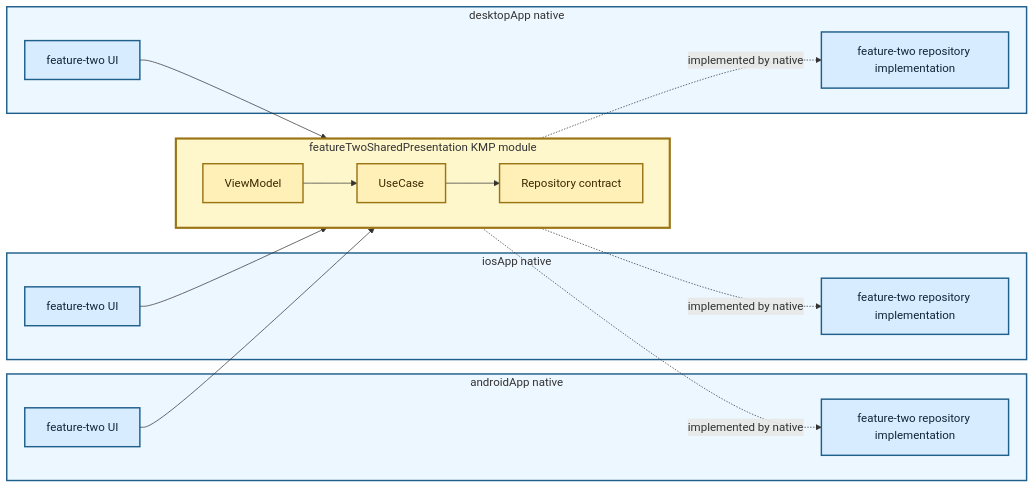
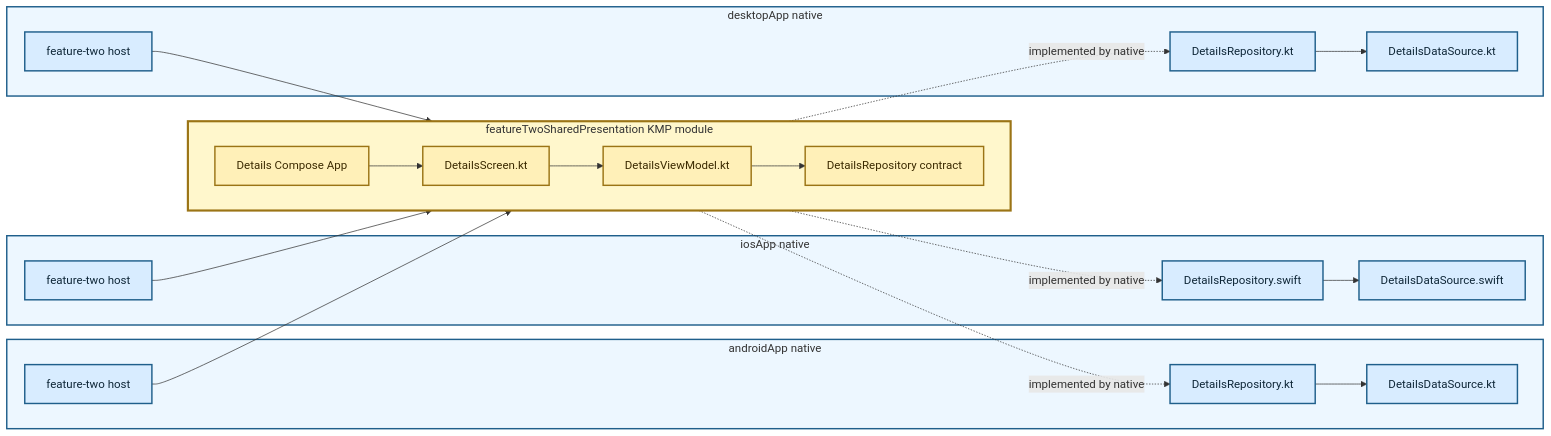
One commit to TheSetox/kmp-sample-diagrams changed the diagram in diagrams/11-modular-kmp-presentation-layer.md. Above: the diagram before and after it, drawn with Mermaid. The commit also changed other lines of this file and 28 other files, not shown here.

Commit message:
docs: reassess diagram layer boundaries

````diff
--- a/diagrams/11-modular-kmp-presentation-layer.md
+++ b/diagrams/11-modular-kmp-presentation-layer.md
@@ -5,41 +5,48 @@
 ```mermaid
 flowchart LR
   subgraph Android["androidApp native"]
-    AndroidUI["feature-two UI"]
-    AndroidData["feature-two repository implementation"]
+    AHost["feature-two host"]
+    ARepository["DetailsRepository.kt"]
+    ADataSource["DetailsDataSource.kt"]
+    ARepository --> ADataSource
   end
 
   subgraph IOS["iosApp native"]
-    IOSUI["feature-two UI"]
-    IOSData["feature-two repository implementation"]
+    IHost["feature-two host"]
+    IRepository["DetailsRepository.swift"]
+    IDataSource["DetailsDataSource.swift"]
+    IRepository --> IDataSource
   end
 
   subgraph Desktop["desktopApp native"]
-    DesktopUI["feature-two UI"]
-    DesktopData["feature-two repository implementation"]
+    DHost["feature-two host"]
+    DRepository["DetailsRepository.kt"]
+    DDataSource["DetailsDataSource.kt"]
+    DRepository --> DDataSource
   end
 
   subgraph KMP["featureTwoSharedPresentation KMP module"]
     direction LR
-    VM["ViewModel"]
-    UseCase["UseCase"]
-    RepositoryPort["Repository contract"]
-    VM --> UseCase --> RepositoryPort
+    App["Details Compose App"]
+    Screen["DetailsScreen.kt"]
+    VM["DetailsViewModel.kt"]
+    RepositoryPort["DetailsRepository contract"]
+    App --> Screen --> VM --> RepositoryPort
   end
 
-  AndroidUI --> VM
-  IOSUI --> VM
-  DesktopUI --> VM
-  RepositoryPort -. "implemented by native" .-> AndroidData
-  RepositoryPort -. "implemented by native" .-> IOSData
-  RepositoryPort -. "implemented by native" .-> DesktopData
+  AHost --> App
+  IHost --> App
+  DHost --> App
+  RepositoryPort -. "implemented by native" .-> ARepository
+  RepositoryPort -. "implemented by native" .-> IRepository
+  RepositoryPort -. "implemented by native" .-> DRepository
 
   classDef app fill:#d8ecff,stroke:#1f5f8b,color:#0f2738,stroke-width:2px;
   classDef kmp fill:#fff0b8,stroke:#9b7415,color:#3b2a00,stroke-width:2px;
-  class AndroidUI,IOSUI,DesktopUI,AndroidData,IOSData,DesktopData app;
-  class VM,UseCase,RepositoryPort kmp;
+  class AHost,ARepository,ADataSource,IHost,IRepository,IDataSource,DHost,DRepository,DDataSource app;
+  class App,Screen,VM,RepositoryPort kmp;
   style Android fill:#edf7ff,stroke:#1f5f8b,stroke-width:2px
   style IOS fill:#edf7ff,stroke:#1f5f8b,stroke-width:2px
   style Desktop fill:#edf7ff,stroke:#1f5f8b,stroke-width:2px
   style KMP fill:#fff7cc,stroke:#9b7415,stroke-width:3px
 ```
````
